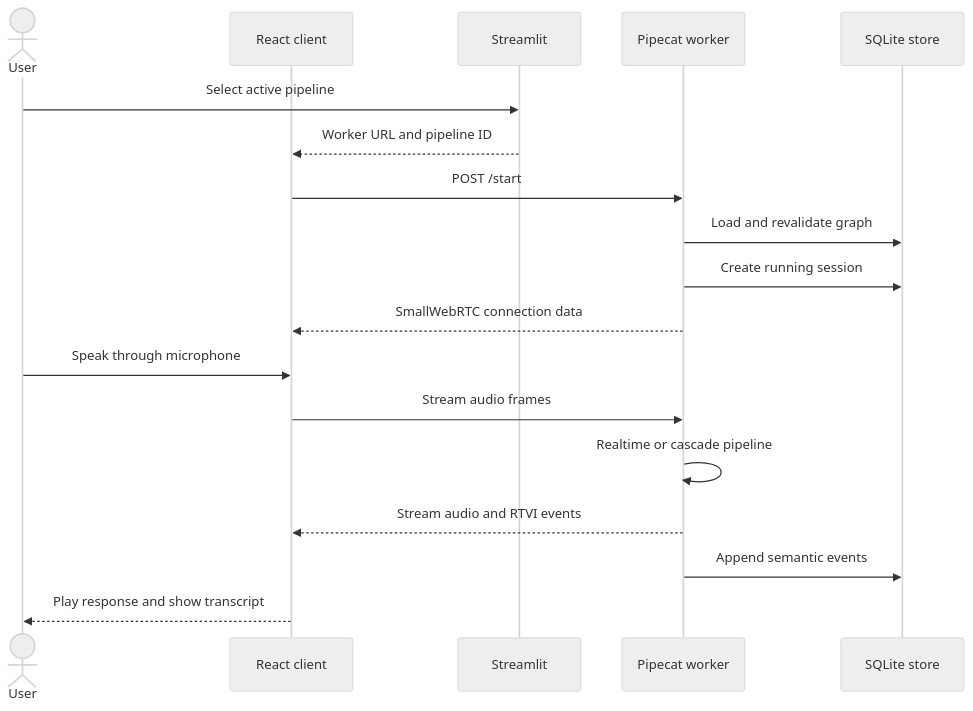
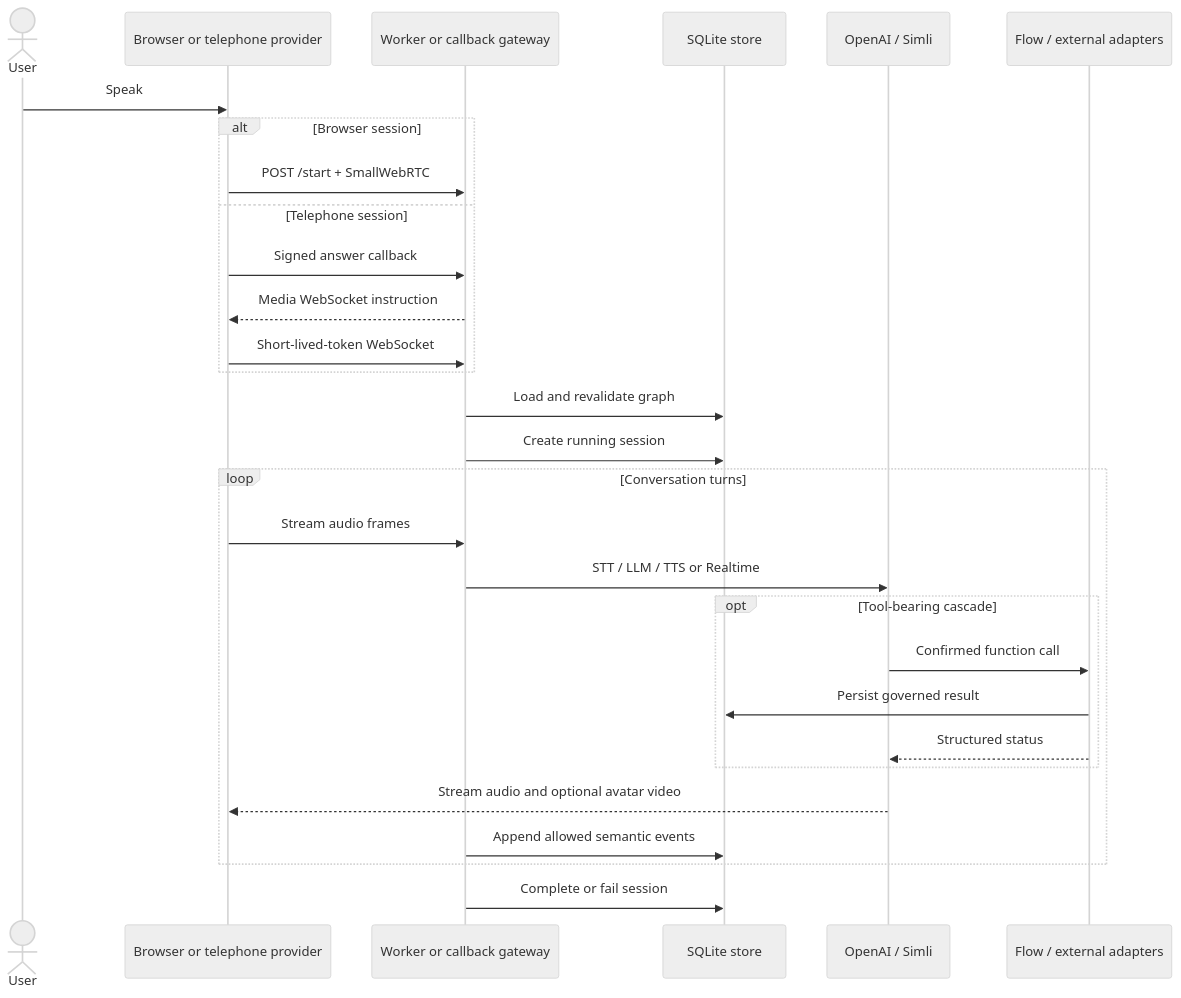
Before and after one commit to pypi-ahmad/pipecat-voice-studio: the diagram in docs/diagrams/live-session-sequence.mmd, drawn with Mermaid (neutral theme). The commit also changed 54 other files, not shown here.

```diff
--- a/docs/diagrams/live-session-sequence.mmd
+++ b/docs/diagrams/live-session-sequence.mmd
@@ -1,19 +1,30 @@
 sequenceDiagram
     actor User
-    participant Browser as React client
-    participant Studio as Streamlit
-    participant Worker as Pipecat worker
+    participant Client as Browser or telephone provider
+    participant Entry as Worker or callback gateway
     participant Store as SQLite store
+    participant Models as OpenAI / Simli
+    participant Tools as Flow / external adapters
 
-    User->>Studio: Select active pipeline
-    Studio-->>Browser: Worker URL and pipeline ID
-    Browser->>Worker: POST /start
-    Worker->>Store: Load and revalidate graph
-    Worker->>Store: Create running session
-    Worker-->>Browser: SmallWebRTC connection data
-    User->>Browser: Speak through microphone
-    Browser->>Worker: Stream audio frames
-    Worker->>Worker: Realtime or cascade pipeline
-    Worker-->>Browser: Stream audio and RTVI events
-    Worker->>Store: Append semantic events
-    Browser-->>User: Play response and show transcript
+    User->>Client: Speak
+    alt Browser session
+        Client->>Entry: POST /start + SmallWebRTC
+    else Telephone session
+        Client->>Entry: Signed answer callback
+        Entry-->>Client: Media WebSocket instruction
+        Client->>Entry: Short-lived-token WebSocket
+    end
+    Entry->>Store: Load and revalidate graph
+    Entry->>Store: Create running session
+    loop Conversation turns
+        Client->>Entry: Stream audio frames
+        Entry->>Models: STT / LLM / TTS or Realtime
+        opt Tool-bearing cascade
+            Models->>Tools: Confirmed function call
+            Tools->>Store: Persist governed result
+            Tools-->>Models: Structured status
+        end
+        Models-->>Client: Stream audio and optional avatar video
+        Entry->>Store: Append allowed semantic events
+    end
+    Entry->>Store: Complete or fail session
```
